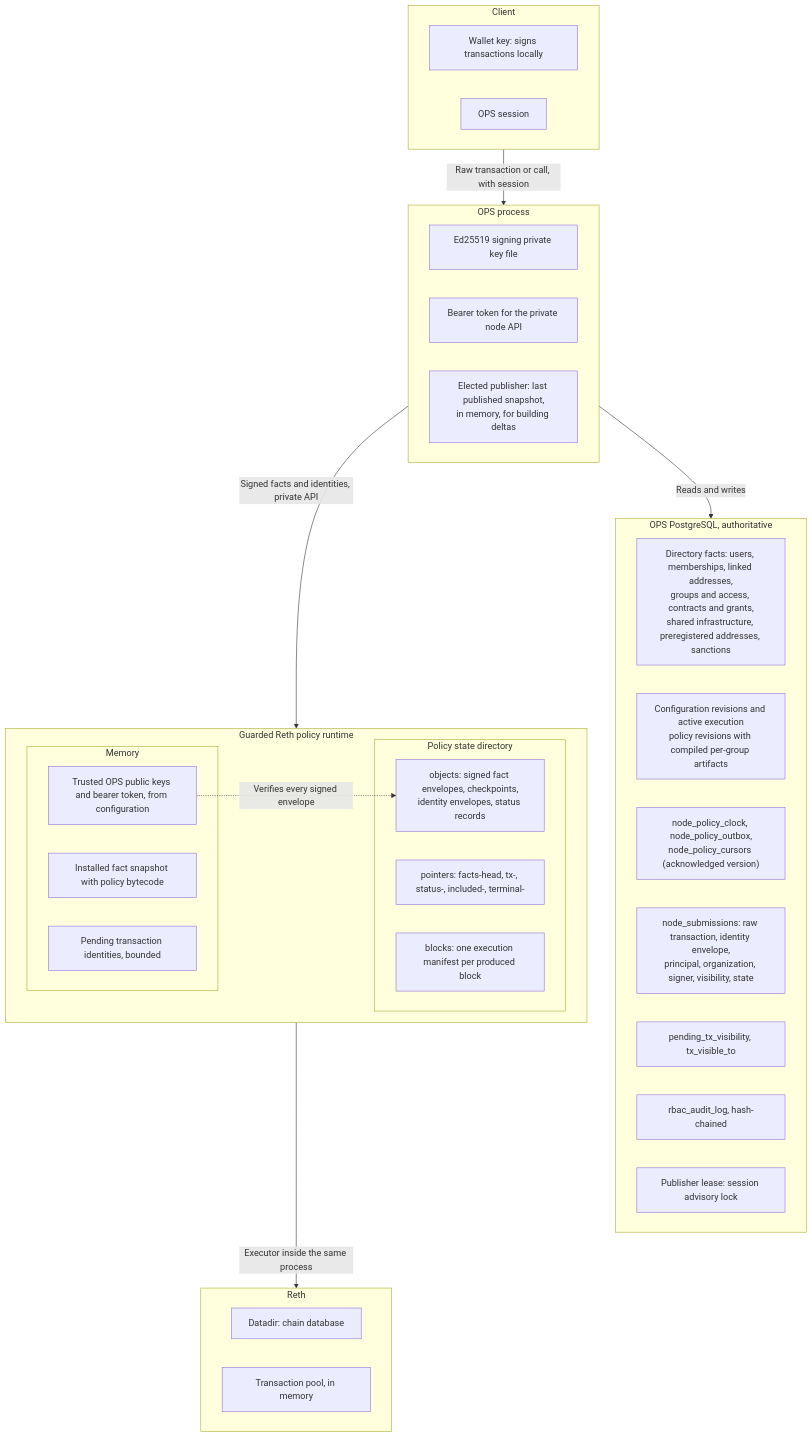
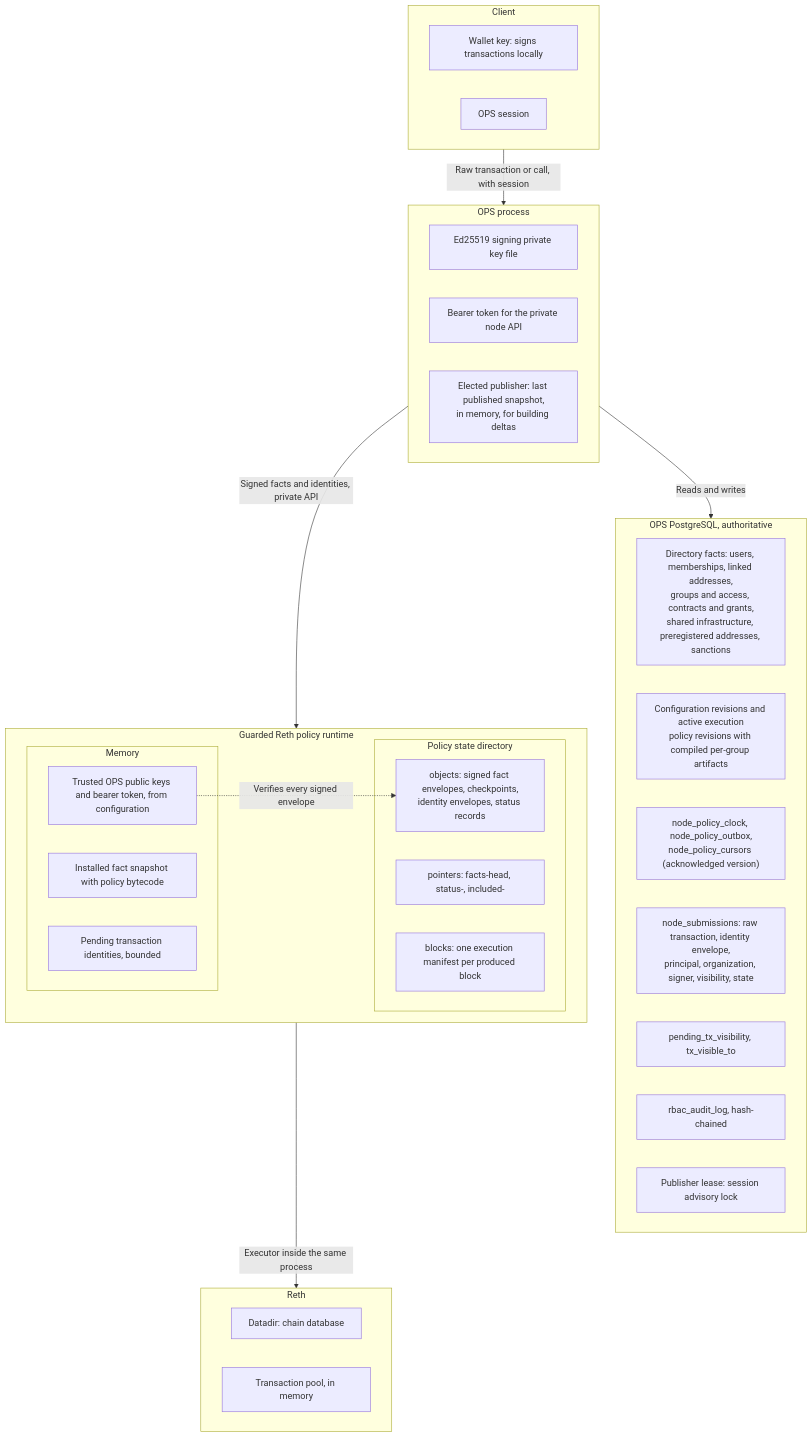
The fifth of 6 diagrams in docs/architecture/reth-execution-flow.md (LFDT-Permissioned-Privacy-Control/permissioned-privacy-control), drawn with Mermaid before and after one commit. The commit also changed other lines of this file and 15 other files, not shown here.

````diff
--- a/docs/architecture/reth-execution-flow.md
+++ b/docs/architecture/reth-execution-flow.md
@@ -276,42 +278,42 @@
 ```mermaid
 flowchart TB
     subgraph Client["Client"]
         Wallet["Wallet key: signs transactions locally"]
         Session["OPS session"]
     end
     subgraph OPSProc["OPS process"]
         SignKey["Ed25519 signing private key file"]
         NodeToken["Bearer token for the private node API"]
         LastSnap["Elected publisher: last published snapshot,<br/>in memory, for building deltas"]
     end
     subgraph PG["OPS PostgreSQL, authoritative"]
         Directory["Directory facts: users, memberships, linked addresses,<br/>groups and access, contracts and grants,<br/>shared infrastructure, preregistered addresses, sanctions"]
         Config["Configuration revisions and active execution<br/>policy revisions with compiled per-group artifacts"]
         Feed["node_policy_clock, node_policy_outbox,<br/>node_policy_cursors (acknowledged version)"]
         Subs["node_submissions: raw transaction, identity envelope,<br/>principal, organization, signer, visibility, state"]
         Visibility["pending_tx_visibility, tx_visible_to"]
         Audit["rbac_audit_log, hash-chained"]
         Lease["Publisher lease: session advisory lock"]
     end
     subgraph Runtime["Guarded Reth policy runtime"]
         subgraph Memory["Memory"]
             Facts["Installed fact snapshot with policy bytecode"]
             Pending["Pending transaction identities, bounded"]
             Trust["Trusted OPS public keys and bearer token, from configuration"]
         end
         subgraph StateDir["Policy state directory"]
             Objects["objects: signed fact envelopes, checkpoints,<br/>identity envelopes, status records"]
-            Pointers["pointers: facts-head, tx-, status-, included-, terminal-"]
+            Pointers["pointers: facts-head, status-, included-"]
             Blocks["blocks: one execution manifest per produced block"]
         end
     end
     subgraph Reth["Reth"]
         Chain["Datadir: chain database"]
         Pool["Transaction pool, in memory"]
     end
     Client -->|"Raw transaction or call, with session"| OPSProc
     OPSProc -->|"Reads and writes"| PG
     OPSProc -->|"Signed facts and identities, private API"| Runtime
     Trust -.->|"Verifies every signed envelope"| Objects
     Runtime -->|"Executor inside the same process"| Reth
 ```
````
